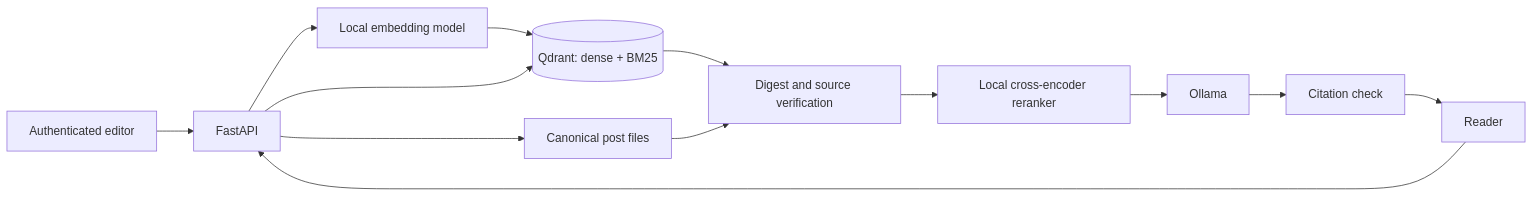
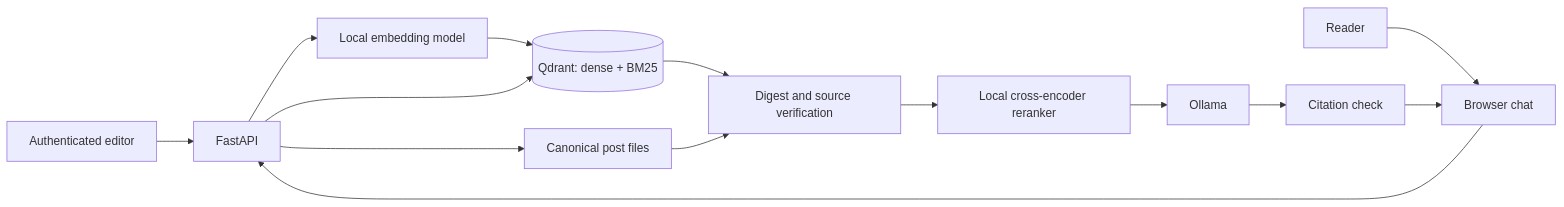
Before and after one commit to sandeep4t/RAG-Agent: the diagram in README.md, drawn with Mermaid. The commit also changed other lines of this file and 9 other files, not shown here.

Commit message:
Add browser chat for sourced RAG answers

````diff
--- a/README.md
+++ b/README.md
@@ -7,15 +7,16 @@
 ```mermaid
 flowchart LR
     Editor[Authenticated editor] --> API[FastAPI]
     API --> Store[Canonical post files]
     API --> Embed[Local embedding model]
     Embed --> Q[(Qdrant: dense + BM25)]
-    Reader[Reader] --> API
+    Reader[Reader] --> Chat[Browser chat]
+    Chat --> API
     API --> Q
     Q --> Verify[Digest and source verification]
     Store --> Verify
     Verify --> Rank[Local cross-encoder reranker]
     Rank --> Ollama[Ollama]
     Ollama --> Cite[Citation check]
-    Cite --> Reader
+    Cite --> Chat
 ```
````
